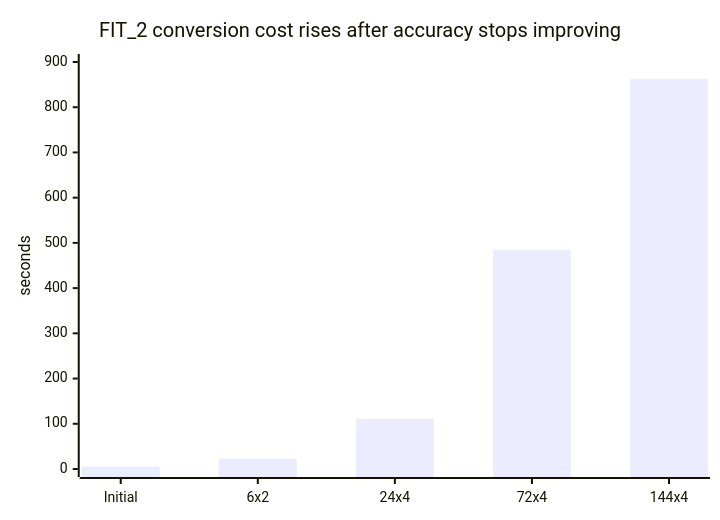
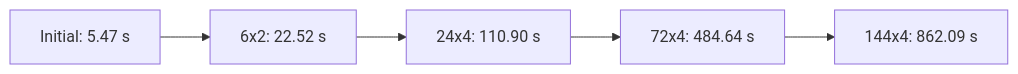
Before and after one commit to adsazad/swq-llama.cpp: the third of 6 diagrams in docs/development/SWQ-RESEARCH-PAPER.md, drawn with Mermaid. The commit also changed other lines of this file and 1 other file, not shown here.

````diff
--- a/docs/development/SWQ-RESEARCH-PAPER.md
+++ b/docs/development/SWQ-RESEARCH-PAPER.md
@@ -385,7 +385,7 @@
 ```mermaid
-xychart-beta
-    title "FIT_2 conversion cost rises after accuracy stops improving"
-    x-axis [Initial, 6x2, 24x4, 72x4, 144x4]
-    y-axis "seconds" 0 --> 900
-    bar [5.47, 22.52, 110.90, 484.64, 862.09]
+flowchart LR
+    A["Initial: 5.47 s"] --> B["6x2: 22.52 s"]
+    B --> C["24x4: 110.90 s"]
+    C --> D["72x4: 484.64 s"]
+    D --> E["144x4: 862.09 s"]
 ```
````
